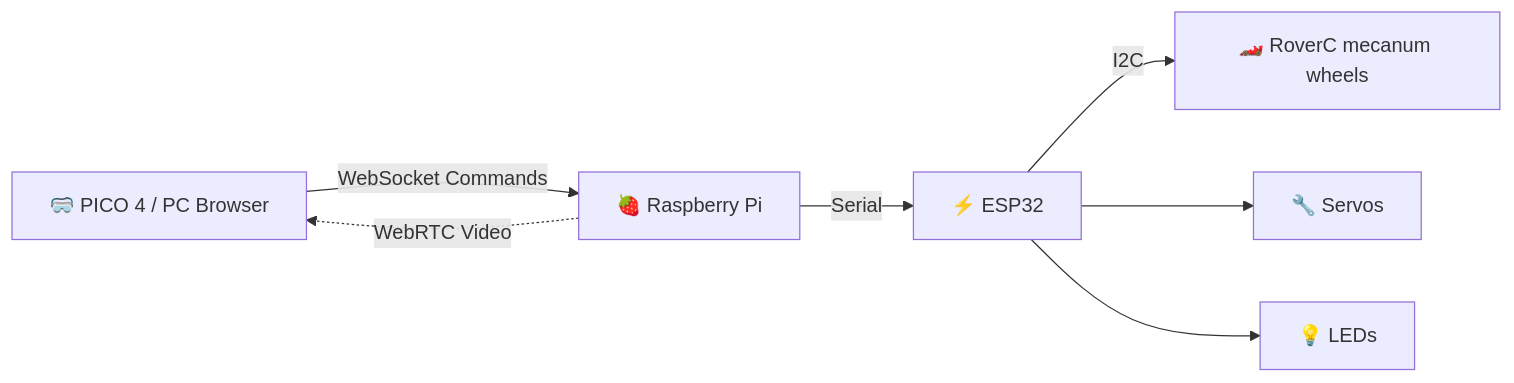
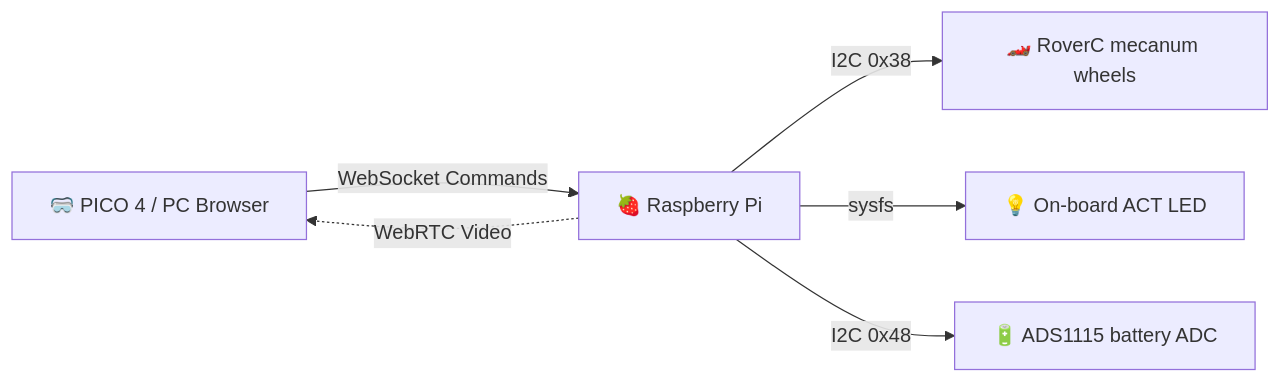
The diagram in README.md (saifadecha07/CN360), drawn with Mermaid before and after one commit. The commit also changed other lines of this file and 13 other files, not shown here.

````diff
--- a/README.md
+++ b/README.md
@@ -32,9 +32,8 @@
 ```mermaid
 graph LR
     A[🥽 PICO 4 / PC Browser] -->|WebSocket Commands| B[🍓 Raspberry Pi]
-    B -->|Serial| C[⚡ ESP32]
-    C -->|I2C| D[🏎️ RoverC mecanum wheels]
-    C --> E[🔧 Servos]
-    C --> F[💡 LEDs]
+    B -->|I2C 0x38| D[🏎️ RoverC mecanum wheels]
+    B -->|sysfs| F[💡 On-board ACT LED]
+    B -->|I2C 0x48| G[🔋 ADS1115 battery ADC]
     B -.->|WebRTC Video| A
 ```
````
